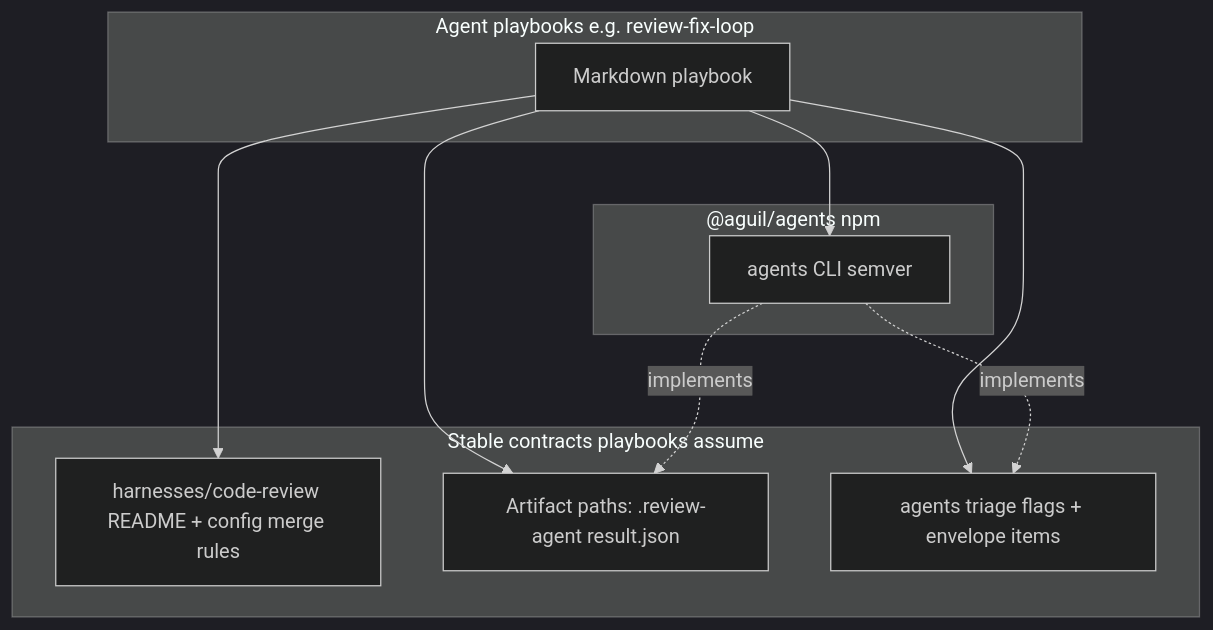
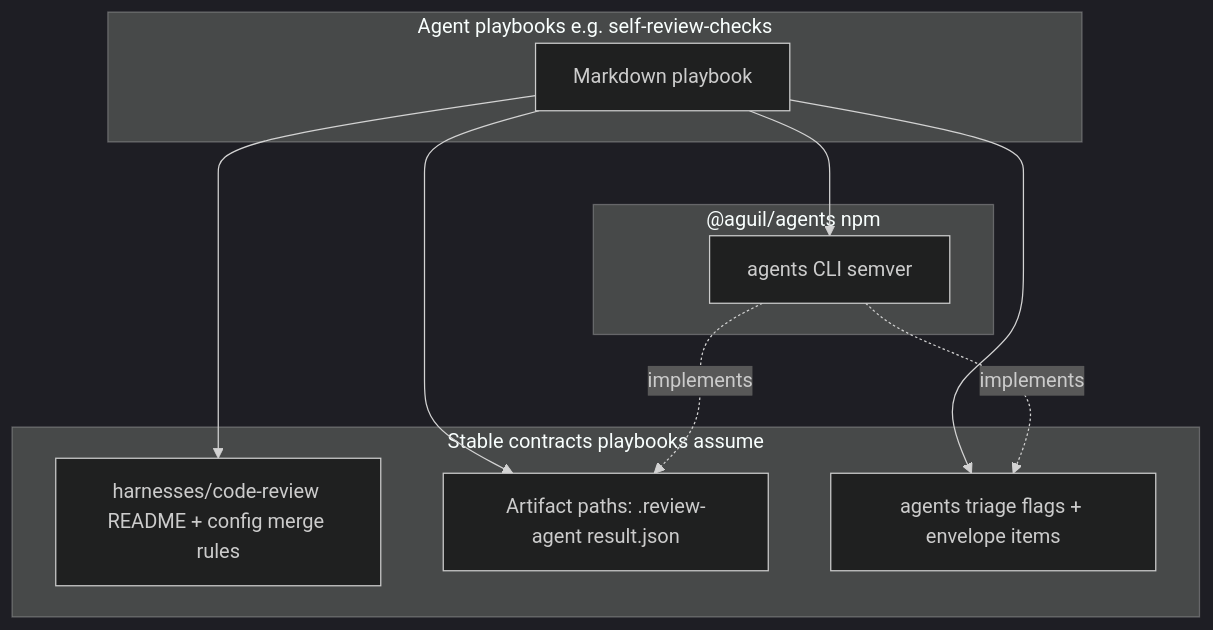
The diagram in docs/plans/skills-and-agents-packaging.md (aguil/agents), drawn with Mermaid (dark theme) before and after one commit. The commit also changed 5 other files, not shown here.

First line of the commit message:
docs(skills): rename playbook to self-review-checks

````diff
--- a/docs/plans/skills-and-agents-packaging.md
+++ b/docs/plans/skills-and-agents-packaging.md
@@ -21,20 +21,20 @@
 ```mermaid
 flowchart TB
-  subgraph skill [Agent playbooks e.g. review-fix-loop]
+  subgraph skill [Agent playbooks e.g. self-review-checks]
     S[Markdown playbook]
   end
   subgraph agentsNpm ["@aguil/agents npm"]
     C[agents CLI semver]
   end
   subgraph contracts [Stable contracts playbooks assume]
     H[harnesses/code-review README + config merge rules]
     A[Artifact paths: .review-agent result.json]
     T[agents triage flags + envelope items]
   end
   S --> C
   S --> H
   S --> A
   S --> T
   C -.->|implements| A
   C -.->|implements| T
 ```
````
